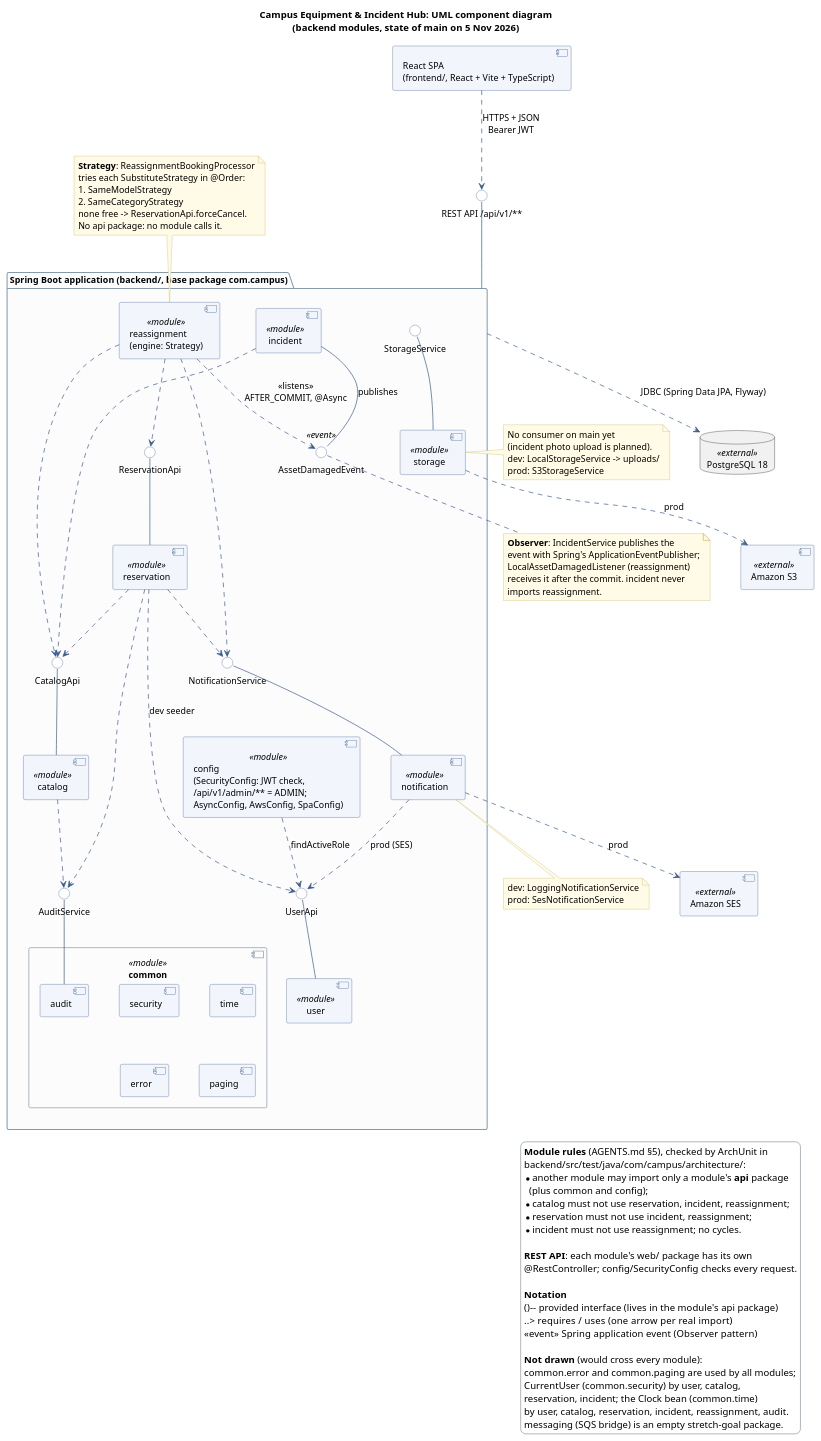
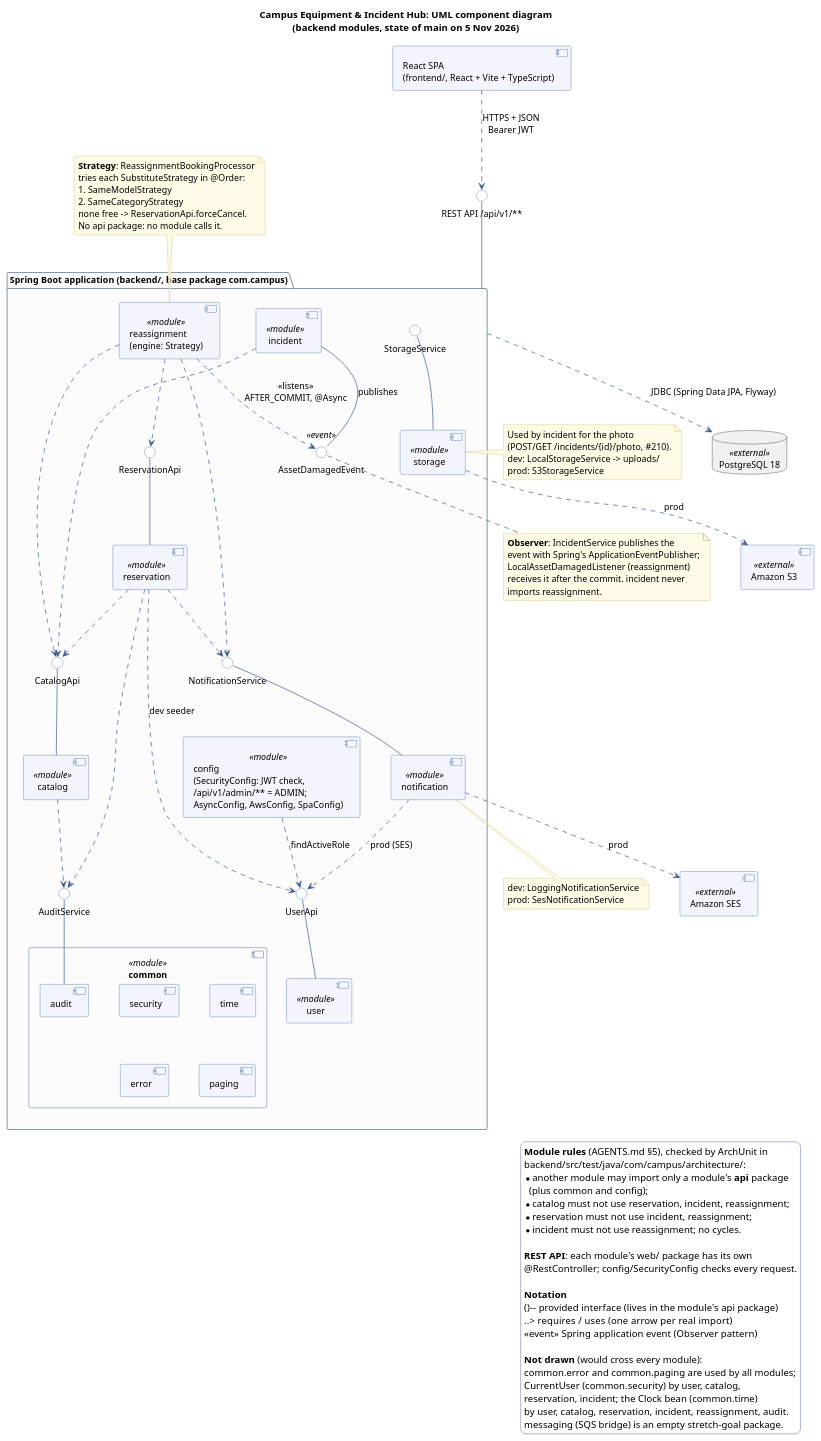
Before and after one commit to FundamenteleInginerieiSoftware/campus-hub: the diagram in docs/diagrams/component.puml, drawn with PlantUML. The commit also changed 1 other file, not shown here.

Commit message:
docs: fix CurrentUser.isAdmin Javadoc and StorageService note in component diagram (#189)

```diff
--- a/docs/diagrams/component.puml
+++ b/docs/diagrams/component.puml
@@ -1,166 +1,166 @@
 @startuml component
 ' UML component diagram of the backend modules (com.campus.<module>).
 ' Every "requires" arrow comes from a real import on main (5 Nov 2026); the grep that produced
 ' them is in documentation/Necula_Matei/32-component-deployment-diagrams.md.
 ' Render from the repo root: java -jar plantuml.jar -tpng docs/diagrams/component.puml
 
 title Campus Equipment & Incident Hub: UML component diagram\n(backend modules, state of main on 5 Nov 2026)
 
 skinparam componentStyle uml2
 skinparam shadowing false
 skinparam defaultFontName Helvetica
 skinparam defaultFontSize 13
 skinparam nodesep 45
 skinparam ranksep 60
 skinparam ArrowColor #3B5B8C
 skinparam component {
   BackgroundColor #F2F6FC
   BorderColor #3B5B8C
 }
 skinparam interface {
   BackgroundColor #FFFFFF
   BorderColor #3B5B8C
 }
 skinparam package {
   BorderColor #8899AA
   BackgroundColor #FCFCFD
 }
 skinparam legend {
   BackgroundColor #FFFFFF
   BorderColor #8899AA
 }
 skinparam note {
   BackgroundColor #FFFBE6
   BorderColor #C8B560
 }
 
 component "React SPA\n(frontend/, React + Vite + TypeScript)" as spa
 
 interface "REST API /api/v1/**" as rest
 
 package "Spring Boot application  (backend/, base package com.campus)" as app {
   component "config\n(SecurityConfig: JWT check,\n/api/v1/admin/** = ADMIN;\nAsyncConfig, AwsConfig, SpaConfig)" as config <<module>>
 
   component "reassignment\n(engine: Strategy)" as reassignment <<module>>
   component "incident" as incident <<module>>
 
   interface "AssetDamagedEvent" as AssetDamagedEvent <<event>>
 
   component "reservation" as reservation <<module>>
   interface "ReservationApi" as ReservationApi
 
   component "catalog" as catalog <<module>>
   interface "CatalogApi" as CatalogApi
 
   component "notification" as notification <<module>>
   interface "NotificationService" as NotificationService
 
   component "storage" as storage <<module>>
   interface "StorageService" as StorageService
 
   component "user" as user <<module>>
   interface "UserApi" as UserApi
 
   component "common" as common <<module>> {
     component "audit" as caudit
     component "security" as csecurity
     component "time" as ctime
     component "error" as cerror
     component "paging" as cpaging
   }
   interface "AuditService" as AuditService
 }
 
 database "PostgreSQL 18" as pg <<external>>
 component "Amazon SES" as ses <<external>>
 component "Amazon S3" as s3 <<external>>
 
 ' ---- client ----
 spa ..> rest : HTTPS + JSON\nBearer JWT
 rest -down- app
 
 ' ---- Observer: incident publishes, reassignment listens ----
 incident -- AssetDamagedEvent : publishes
 reassignment ..> AssetDamagedEvent : <<listens>>\nAFTER_COMMIT, @Async
 
 ' ---- provided interfaces (each module's api package) ----
 reservation -up- ReservationApi
 catalog -up- CatalogApi
 notification -up- NotificationService
 storage -up- StorageService
 user -up- UserApi
 caudit -up- AuditService
 
 ' ---- required interfaces, from the imports ----
 reassignment ..> ReservationApi
 reassignment ..> CatalogApi
 reassignment ..> NotificationService
 incident ..> CatalogApi
 reservation ..> CatalogApi
 reservation ..> NotificationService
 reservation ..> UserApi : dev seeder
 reservation ..> AuditService
 catalog ..> AuditService
 notification ..> UserApi : prod (SES)
 config ..> UserApi : findActiveRole
 
 ' ---- external systems ----
 app ..> pg : JDBC (Spring Data JPA, Flyway)
 notification ..> ses : prod
 storage ..> s3 : prod
 
 note top of reassignment
   <b>Strategy</b>: ReassignmentBookingProcessor
   tries each SubstituteStrategy in @Order:
   1. SameModelStrategy
   2. SameCategoryStrategy
   none free -> ReservationApi.forceCancel.
   No api package: no module calls it.
 end note
 
 note bottom of AssetDamagedEvent
   <b>Observer</b>: IncidentService publishes the
   event with Spring's ApplicationEventPublisher;
   LocalAssetDamagedListener (reassignment)
   receives it after the commit. incident never
   imports reassignment.
 end note
 
 note right of storage
-  No consumer on main yet
-  (incident photo upload is planned).
+  Used by incident for the photo
+  (POST/GET /incidents/{id}/photo, #210).
   dev: LocalStorageService -> uploads/
   prod: S3StorageService
 end note
 
 note bottom of notification
   dev: LoggingNotificationService
   prod: SesNotificationService
 end note
 
 legend right
   <b>Module rules</b> (AGENTS.md §5), checked by ArchUnit in
   backend/src/test/java/com/campus/architecture/:
   * another module may import only a module's <b>api</b> package
     (plus common and config);
   * catalog must not use reservation, incident, reassignment;
   * reservation must not use incident, reassignment;
   * incident must not use reassignment; no cycles.
 
   <b>REST API</b>: each module's web/ package has its own
   @RestController; config/SecurityConfig checks every request.
 
   <b>Notation</b>
   ()--  provided interface (lives in the module's api package)
   ..>   requires / uses (one arrow per real import)
   <<event>>  Spring application event (Observer pattern)
 
   <b>Not drawn</b> (would cross every module):
   common.error and common.paging are used by all modules;
   CurrentUser (common.security) by user, catalog,
   reservation, incident; the Clock bean (common.time)
   by user, catalog, reservation, incident, reassignment, audit.
   messaging (SQS bridge) is an empty stretch-goal package.
 endlegend
 
 @enduml
```
